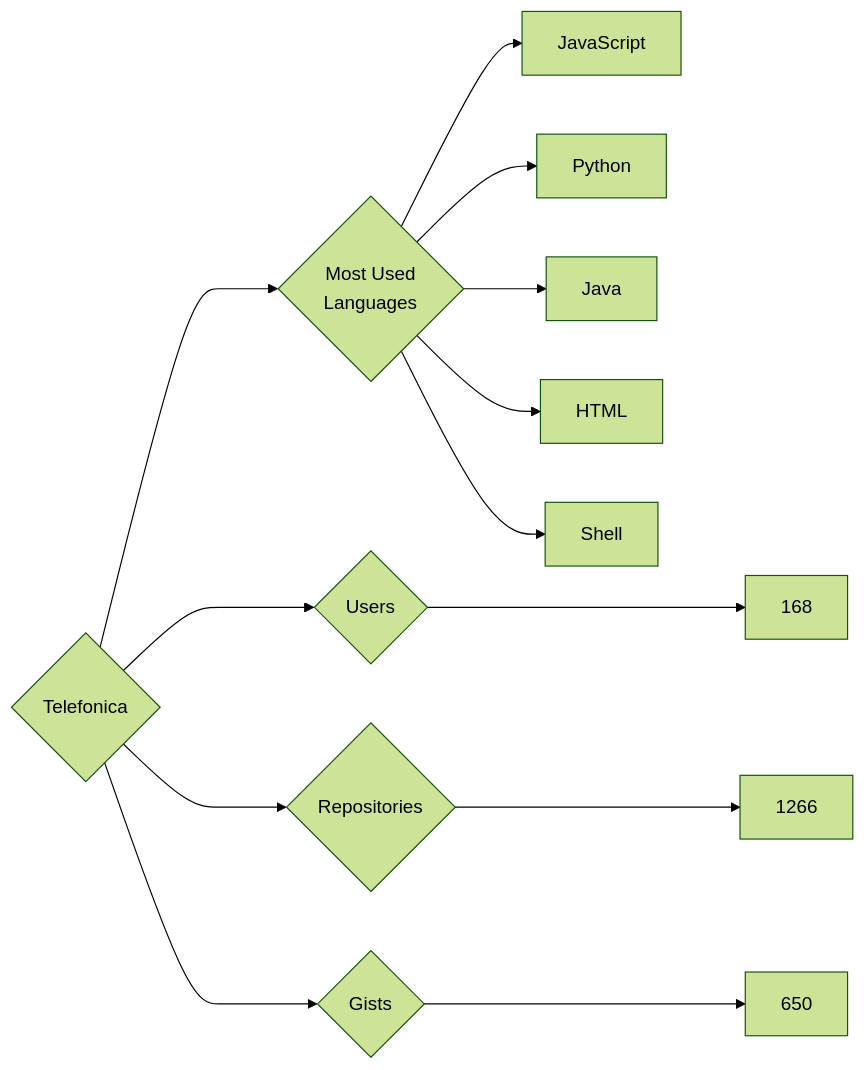
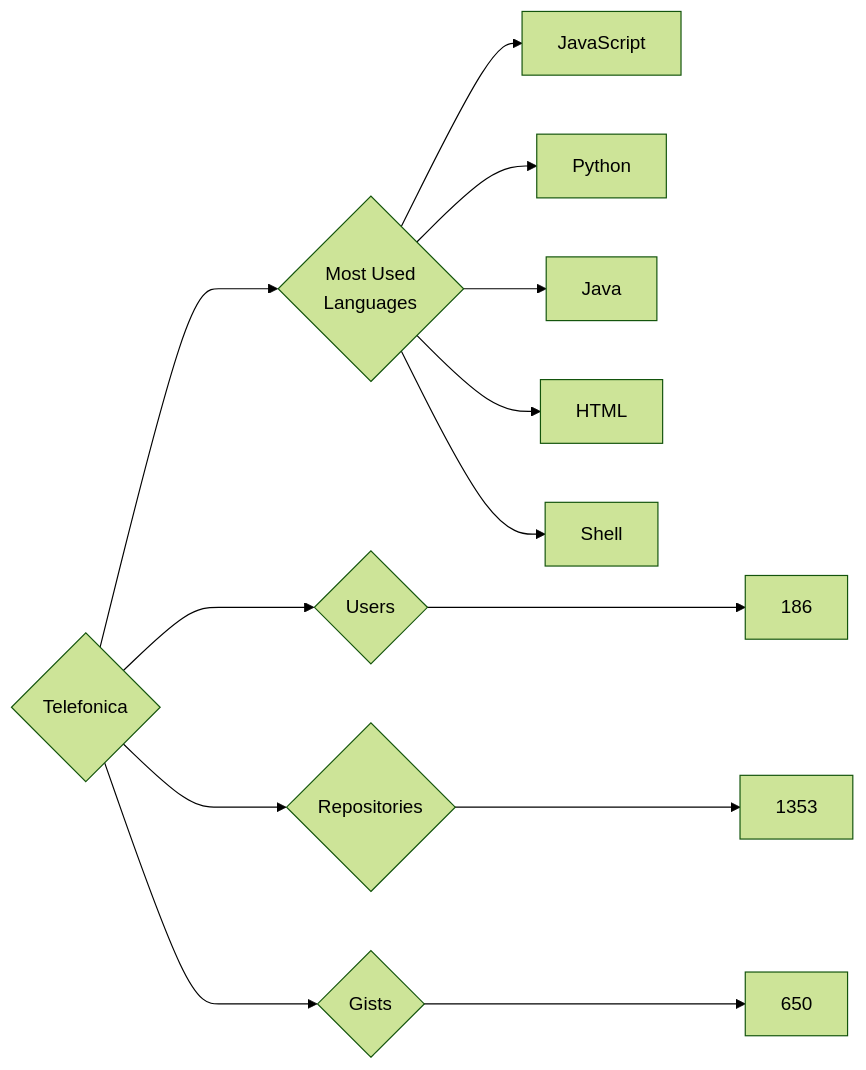
Before and after one commit to trickest/insiders: the diagram in targets/Telefonica/README.md, drawn with Mermaid (forest theme). The commit also changed 823 other files, not shown here.

````diff
--- a/targets/Telefonica/README.md
+++ b/targets/Telefonica/README.md
@@ -3,13 +3,13 @@
 ```mermaid
 graph LR
 COMPANY_NAME{Telefonica}
-COMPANY_NAME ---> U{Users} ---> UN[168]
-COMPANY_NAME ---> R{Repositories} ---> RN[1266]
+COMPANY_NAME ---> U{Users} ---> UN[186]
+COMPANY_NAME ---> R{Repositories} ---> RN[1353]
 COMPANY_NAME ---> G{Gists} ---> GN[650]
 COMPANY_NAME ---> ML{Most Used<br>Languages}
 ML --> JavaScript[JavaScript]
 ML --> Python[Python]
 ML --> Java[Java]
 ML --> HTML[HTML]
 ML --> Shell[Shell]
 ```
````
